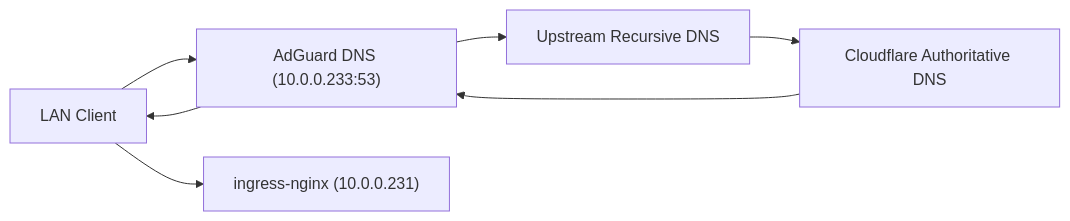
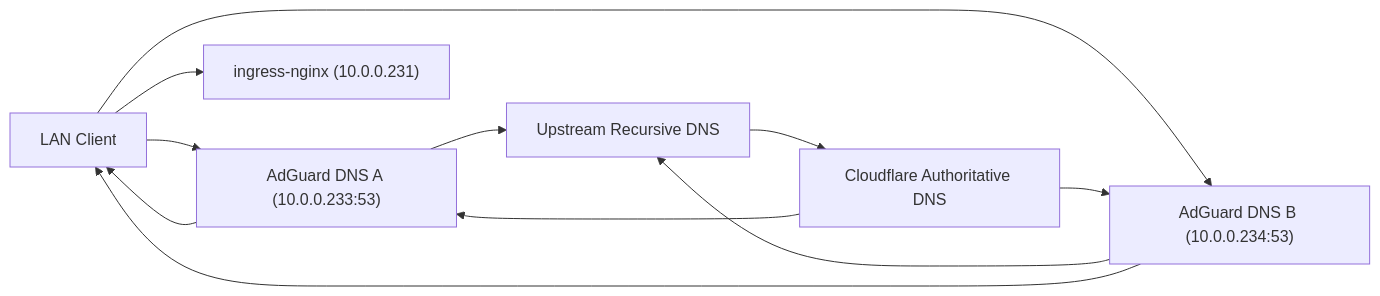
One commit to khzaw/rangoonpulse changed the diagram in docs/adguard-dns-stack-overview.md. Above: the diagram before and after it, drawn with Mermaid. The commit also changed other lines of this file and 5 other files, not shown here.

````diff
--- a/docs/adguard-dns-stack-overview.md
+++ b/docs/adguard-dns-stack-overview.md
@@ -52,9 +65,13 @@
 ```mermaid
 flowchart LR
-  C["LAN Client"] --> A["AdGuard DNS (10.0.0.233:53)"]
+  C["LAN Client"] --> A["AdGuard DNS A (10.0.0.233:53)"]
+  C --> B["AdGuard DNS B (10.0.0.234:53)"]
   A --> U["Upstream Recursive DNS"]
+  B --> U
   U --> F["Cloudflare Authoritative DNS"]
   F --> A
+  F --> B
   A --> C
+  B --> C
   C --> I["ingress-nginx (10.0.0.231)"]
 ```
````
